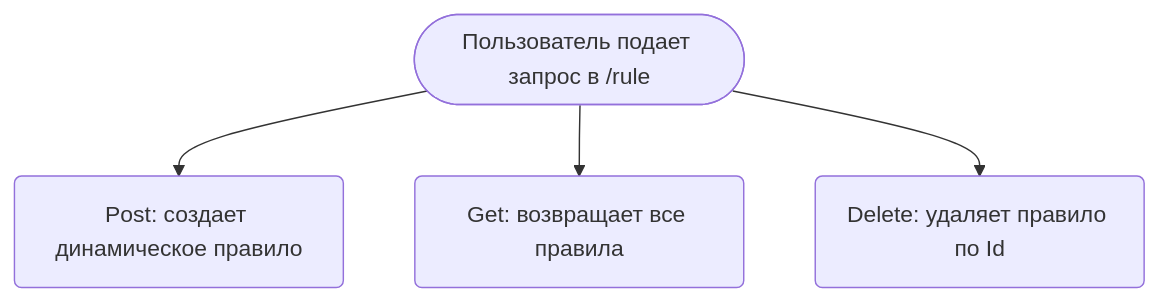
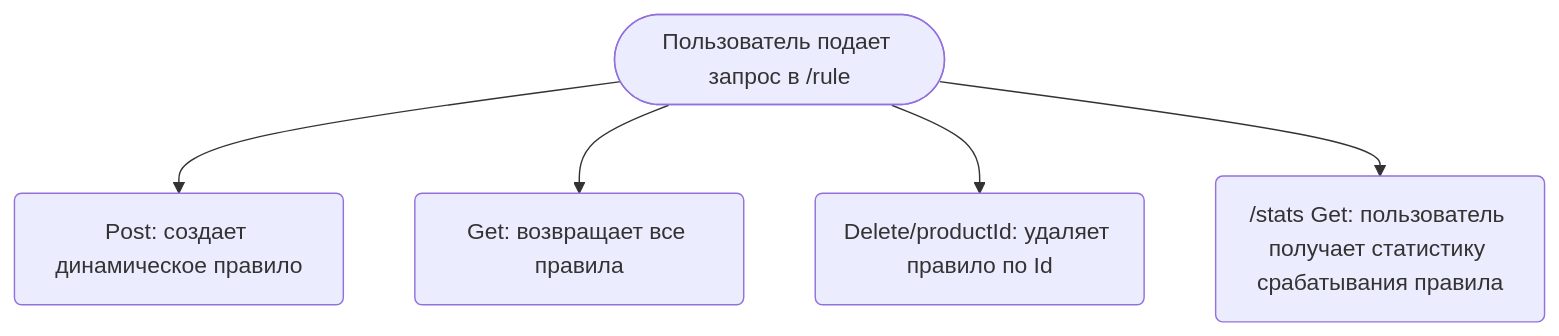
Before and after one commit to MariaSizz/Recomendation_Service: the first of 3 diagrams in redme.md, drawn with Mermaid. The commit also changed other lines of this file and 28 other files, not shown here.

````diff
--- a/redme.md
+++ b/redme.md
@@ -26,6 +12,7 @@
 ```mermaid
 flowchart TD
 A([Пользователь подает запрос в /rule]) --> B(Post: создает динамическое правило)
 A --> C(Get: возвращает все правила)
-A --> D(Delete: удаляет правило по Id)
+A --> D(Delete/productId: удаляет правило по Id)
+A --> E(/stats Get: пользователь получает статистику срабатывания правила)
 ```
````
